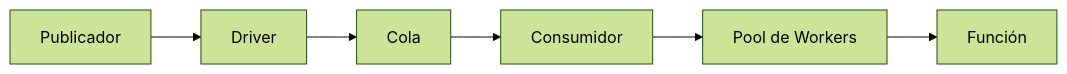
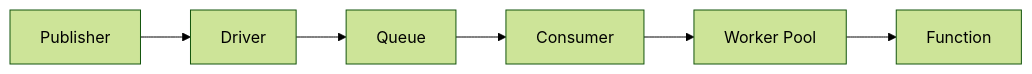
The diagram in es/system/queue.md (wippyai/docs), drawn with Mermaid (forest theme) before and after one commit. The commit also changed other lines of this file and 870 other files, not shown here.

````diff
--- a/es/system/queue.md
+++ b/es/system/queue.md
@@ -12,8 +14,8 @@
 ```mermaid
 flowchart LR
-    P[Publicador] --> D[Driver]
-    D --> Q[Cola]
-    Q --> C[Consumidor]
-    C --> W[Pool de Workers]
-    W --> F[Función]
+    P[Publisher] --> D[Driver]
+    D --> Q[Queue]
+    Q --> C[Consumer]
+    C --> W[Worker Pool]
+    W --> F[Function]
 ```
````
